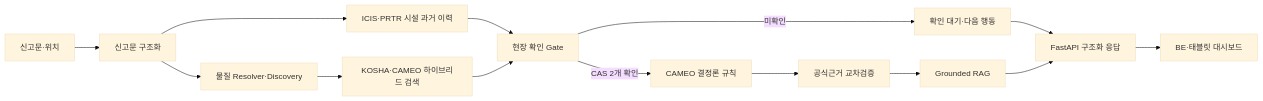
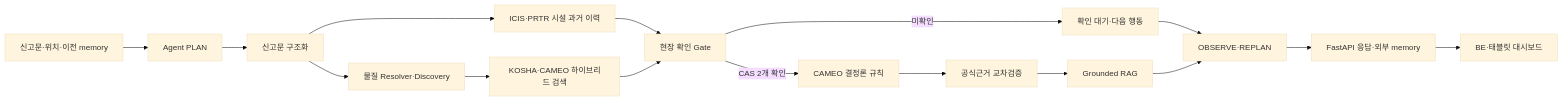
The diagram in README.md (chemicheck119-lab/analysis-engine), drawn with Mermaid (base theme) before and after one commit. The commit also changed other lines of this file and 15 other files, not shown here.

````diff
--- a/README.md
+++ b/README.md
@@ -72,16 +72,18 @@
 ```mermaid
 flowchart LR
-    A["신고문·위치"] --> B["신고문 구조화"]
+    A["신고문·위치·이전 memory"] --> P["Agent PLAN"]
+    P --> B["신고문 구조화"]
     B --> C["물질 Resolver·Discovery"]
     B --> D["ICIS·PRTR 시설 과거 이력"]
     C --> E["KOSHA·CAMEO 하이브리드 검색"]
     D --> F["현장 확인 Gate"]
     E --> F
     F -->|"CAS 2개 확인"| G["CAMEO 결정론 규칙"]
     F -->|"미확인"| H["확인 대기·다음 행동"]
     G --> I["공식근거 교차검증"]
     I --> J["Grounded RAG"]
-    H --> K["FastAPI 구조화 응답"]
-    J --> K
+    H --> O["OBSERVE·REPLAN"]
+    J --> O
+    O --> K["FastAPI 응답·외부 memory"]
     K --> L["BE·태블릿 대시보드"]
 ```
````
